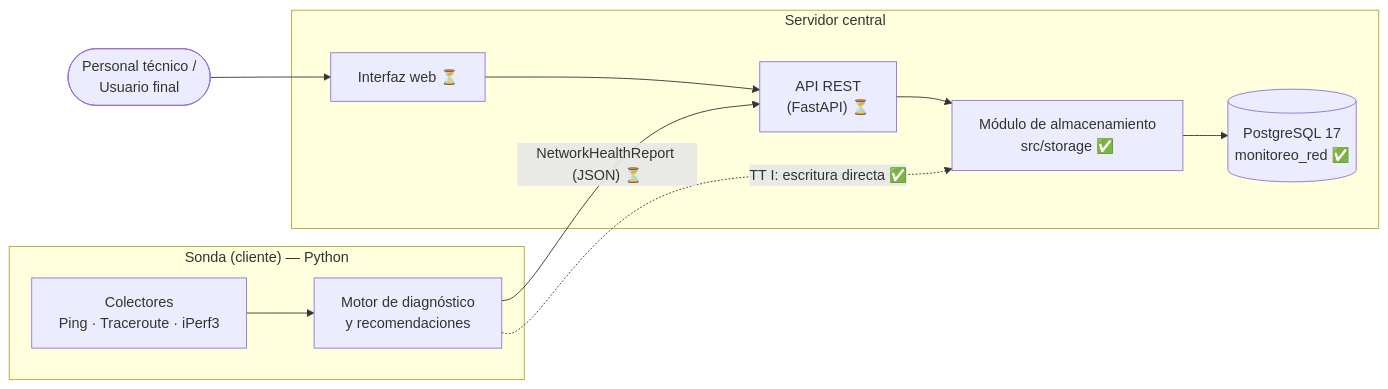
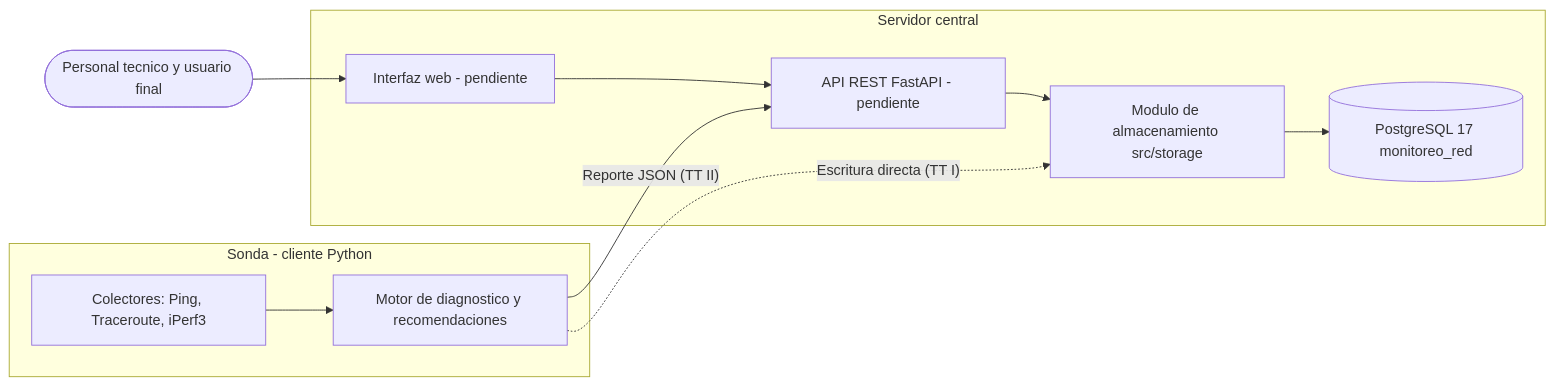
Before and after one commit to ManuelAAM/TT-2027-A183: the first of 3 diagrams in docs/requisitos_y_arquitectura.md, drawn with Mermaid. The commit also changed other lines of this file, not shown here.

Commit message:
docs: simplificar etiquetas del diagrama de arquitectura para GitHub

````diff
--- a/docs/requisitos_y_arquitectura.md
+++ b/docs/requisitos_y_arquitectura.md
@@ -122,21 +122,21 @@
 ```mermaid
 flowchart LR
-    subgraph Sonda["Sonda (cliente) — Python"]
-        COL["Colectores<br/>Ping · Traceroute · iPerf3"]
-        MOT["Motor de diagnóstico<br/>y recomendaciones"]
+    subgraph Sonda["Sonda - cliente Python"]
+        COL["Colectores: Ping, Traceroute, iPerf3"]
+        MOT["Motor de diagnostico y recomendaciones"]
         COL --> MOT
     end
 
     subgraph Servidor["Servidor central"]
-        API["API REST<br/>(FastAPI) ⏳"]
-        STO["Módulo de almacenamiento<br/>src/storage ✅"]
-        WEB["Interfaz web ⏳"]
-        DB[("PostgreSQL 17<br/>monitoreo_red ✅")]
+        API["API REST FastAPI - pendiente"]
+        STO["Modulo de almacenamiento src/storage"]
+        WEB["Interfaz web - pendiente"]
+        DB[("PostgreSQL 17 monitoreo_red")]
         API --> STO --> DB
         WEB --> API
     end
 
-    MOT -- "NetworkHealthReport (JSON) ⏳" --> API
-    MOT -. "TT I: escritura directa ✅" .-> STO
-    TEC(["Personal técnico /<br/>Usuario final"]) --> WEB
+    MOT -->|"Reporte JSON (TT II)"| API
+    MOT -.->|"Escritura directa (TT I)"| STO
+    TEC(["Personal tecnico y usuario final"]) --> WEB
 ```
````
